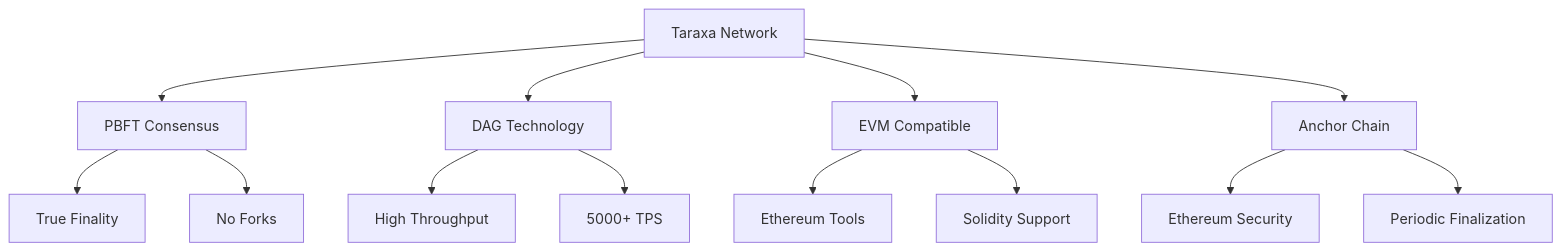
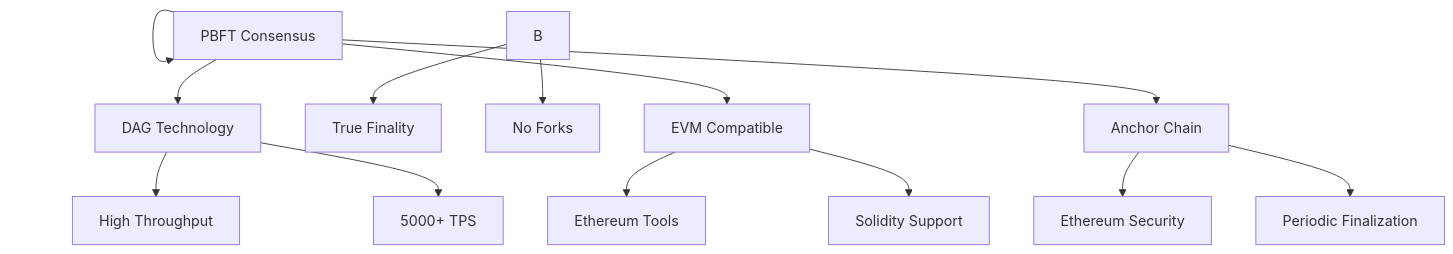
Before and after one commit to mastergong/learning: the diagram in taraxa-smart-contracts/01-introduction-to-taraxa.md, drawn with Mermaid.

Commit message:
Update 01-introduction-to-taraxa.md
ก

````diff
--- a/taraxa-smart-contracts/01-introduction-to-taraxa.md
+++ b/taraxa-smart-contracts/01-introduction-to-taraxa.md
@@ -15,19 +15,19 @@
 ```mermaid
 graph TD
-    A[Taraxa Network] --> B[PBFT Consensus]
-    A --> C[DAG Technology]  
-    A --> D[EVM Compatible]
-    A --> E[Anchor Chain]
+    ก[Taraxa Network] --> ก[PBFT Consensus]
+    ก --> C[DAG Technology]  
+    ก --> D[EVM Compatible]
+    ก --> E[Anchor Chain]
     
     B --> F[True Finality]
     B --> G[No Forks]
     
     C --> H[High Throughput]
     C --> I[5000+ TPS]
     
     D --> J[Ethereum Tools]
     D --> K[Solidity Support]
     
     E --> L[Ethereum Security]
     E --> M[Periodic Finalization]
 ```
````
